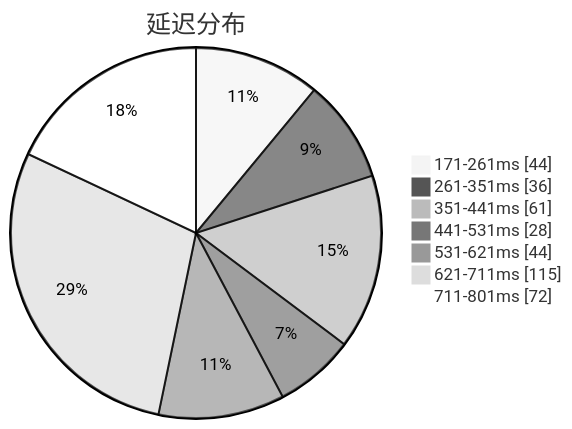
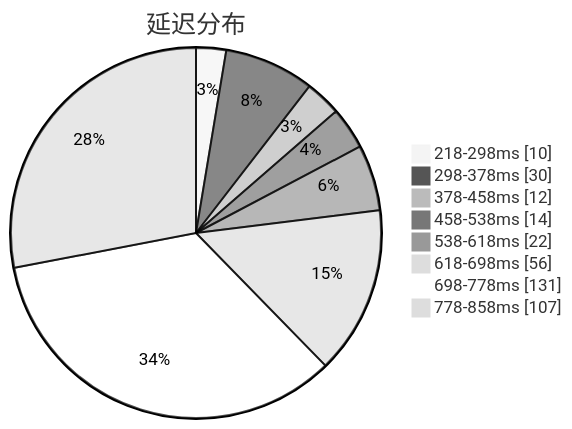
The first of 3 diagrams in subs/statistics/tested_within.md (qjlxg/airport), drawn with Mermaid (neutral theme) before and after one commit. The commit also changed other lines of this file and 2 other files, not shown here.

````diff
--- a/subs/statistics/tested_within.md
+++ b/subs/statistics/tested_within.md
@@ -2,11 +2,12 @@
 ```mermaid
 pie showData
 title 延迟分布
-"171-261ms" : 44
-"261-351ms" : 36
-"351-441ms" : 61
-"441-531ms" : 28
-"531-621ms" : 44
-"621-711ms" : 115
-"711-801ms" : 72
+"218-298ms" : 10
+"298-378ms" : 30
+"378-458ms" : 12
+"458-538ms" : 14
+"538-618ms" : 22
+"618-698ms" : 56
+"698-778ms" : 131
+"778-858ms" : 107
 ```
````
